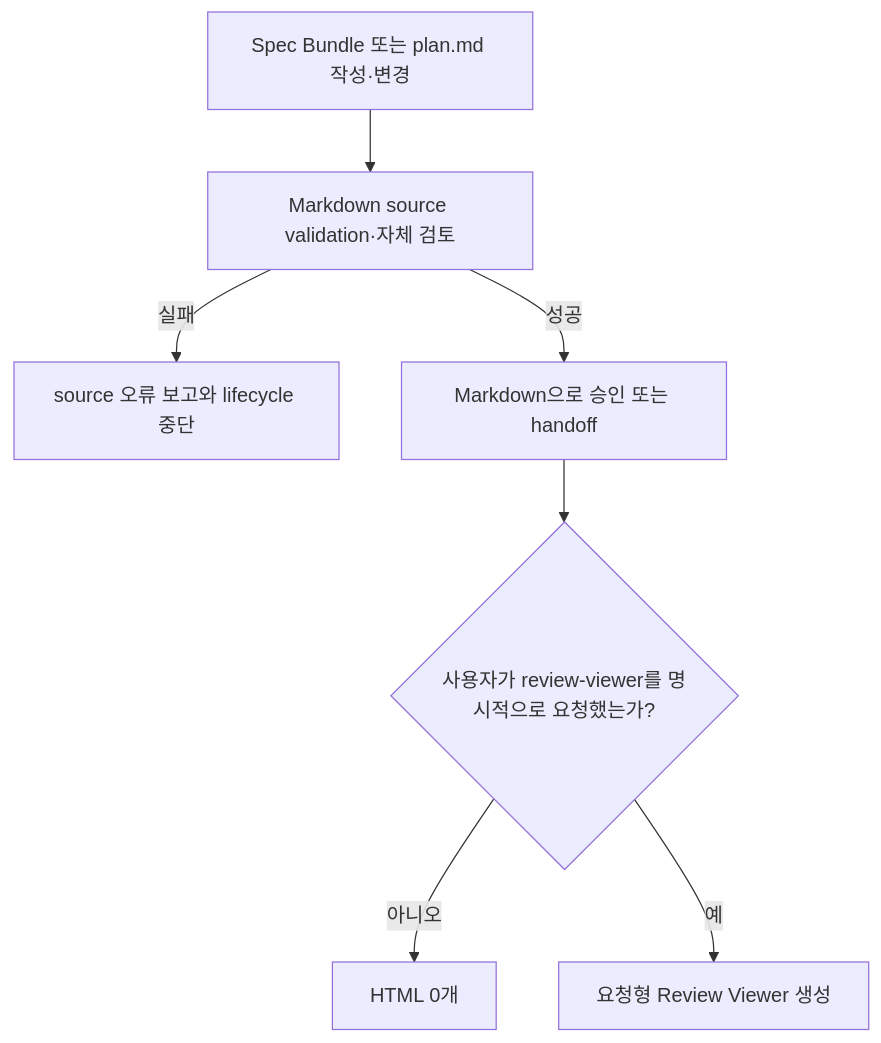
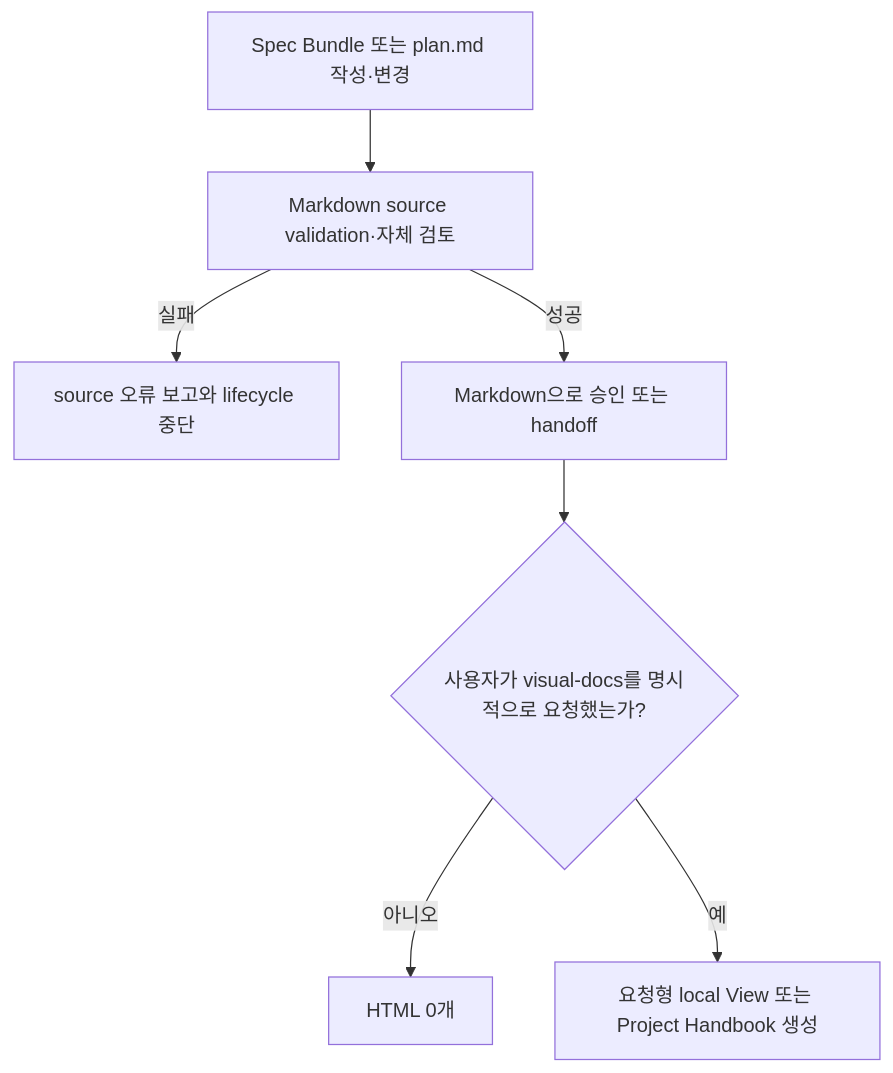
One commit to hope1026/aiagent-plugins changed the first of 3 diagrams in docs/specs/semantic-spec-bundles/semantic-spec-bundle-contract.md. Above: the diagram before and after it, drawn with Mermaid. The commit also changed other lines of this file and 103 other files, not shown here.

Commit message:
feat(forge): replace review viewer with visual docs

````diff
--- a/docs/specs/semantic-spec-bundles/semantic-spec-bundle-contract.md
+++ b/docs/specs/semantic-spec-bundles/semantic-spec-bundle-contract.md
@@ -40,9 +40,9 @@
 ```mermaid
 flowchart TD
     A["Spec Bundle 또는 plan.md 작성·변경"] --> B["Markdown source validation·자체 검토"]
     B -->|실패| C["source 오류 보고와 lifecycle 중단"]
     B -->|성공| D["Markdown으로 승인 또는 handoff"]
-    D --> E{"사용자가 review-viewer를 명시적으로 요청했는가?"}
+    D --> E{"사용자가 visual-docs를 명시적으로 요청했는가?"}
     E -->|아니오| F["HTML 0개"]
-    E -->|예| G["요청형 Review Viewer 생성"]
+    E -->|예| G["요청형 local View 또는 Project Handbook 생성"]
 ```
````
